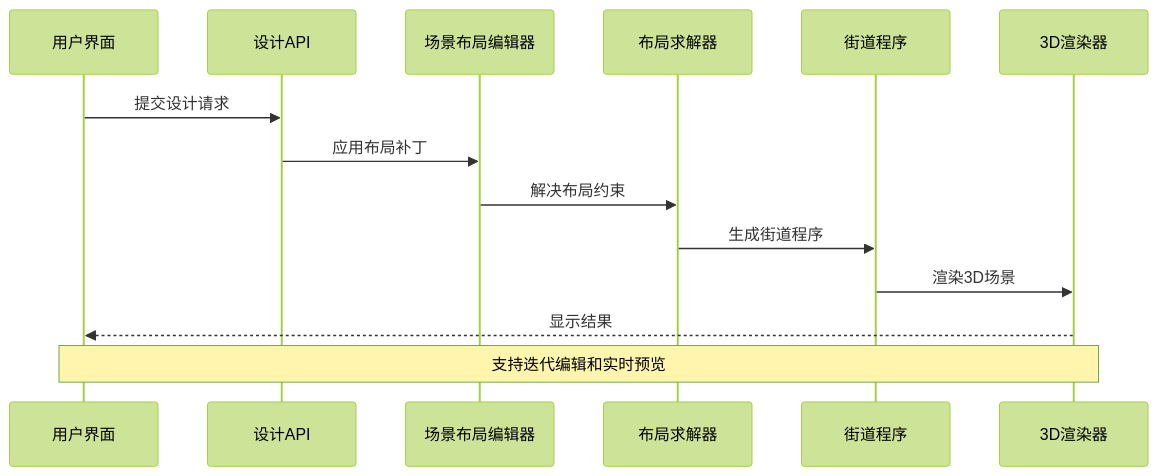
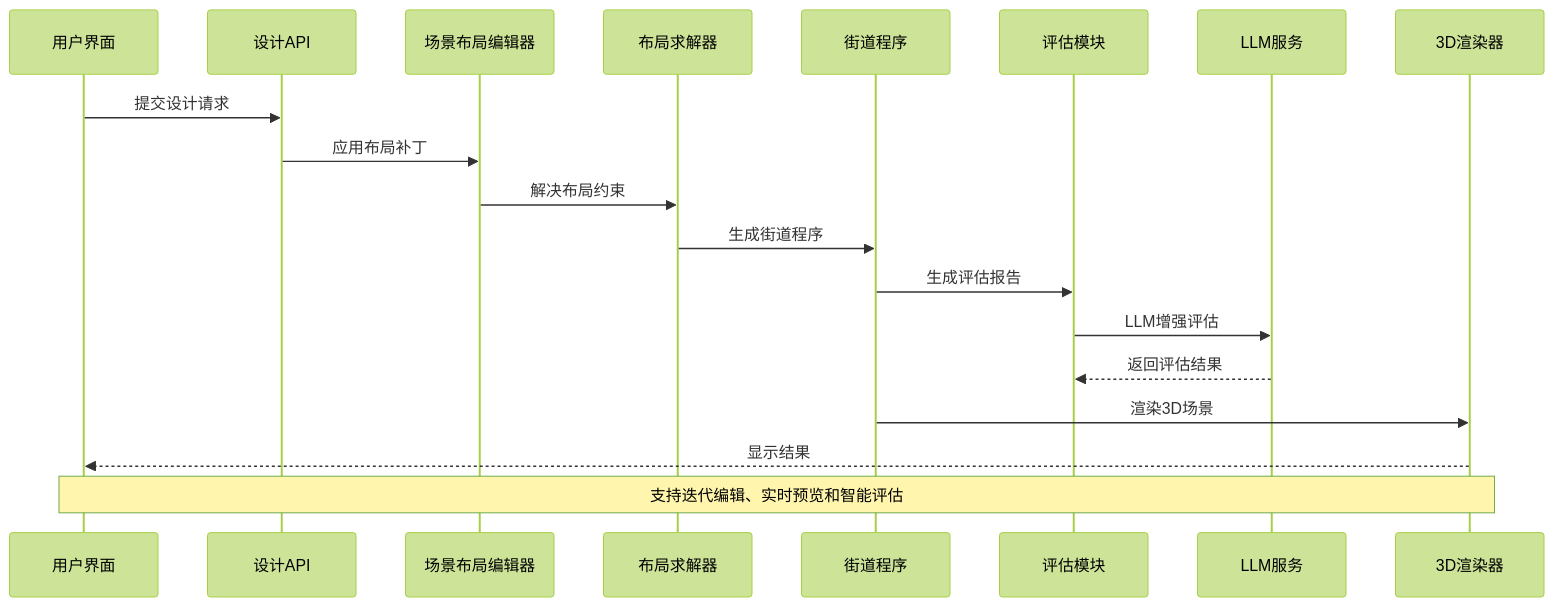
Before and after one commit to wsqstar/RoadGen3D: the second of 7 diagrams in .qoder/repowiki/zh/content/里程碑管道/自动场景生成流水线/场景布局编辑器.md, drawn with Mermaid (forest theme). The commit also changed other lines of this file and 12 other files, not shown here.

````diff
--- a/.qoder/repowiki/zh/content/里程碑管道/自动场景生成流水线/场景布局编辑器.md
+++ b/.qoder/repowiki/zh/content/里程碑管道/自动场景生成流水线/场景布局编辑器.md
@@ -107,16 +135,21 @@
 ```mermaid
 sequenceDiagram
 participant U as 用户界面
 participant API as 设计API
 participant SL as 场景布局编辑器
 participant LS as 布局求解器
 participant SP as 街道程序
+participant EV as 评估模块
+participant LLM as LLM服务
 participant VR as 3D渲染器
 U->>API : 提交设计请求
 API->>SL : 应用布局补丁
 SL->>LS : 解决布局约束
 LS->>SP : 生成街道程序
+SP->>EV : 生成评估报告
+EV->>LLM : LLM增强评估
+LLM-->>EV : 返回评估结果
 SP->>VR : 渲染3D场景
 VR-->>U : 显示结果
-Note over U,VR : 支持迭代编辑和实时预览
+Note over U,VR : 支持迭代编辑、实时预览和智能评估
 ```
````
